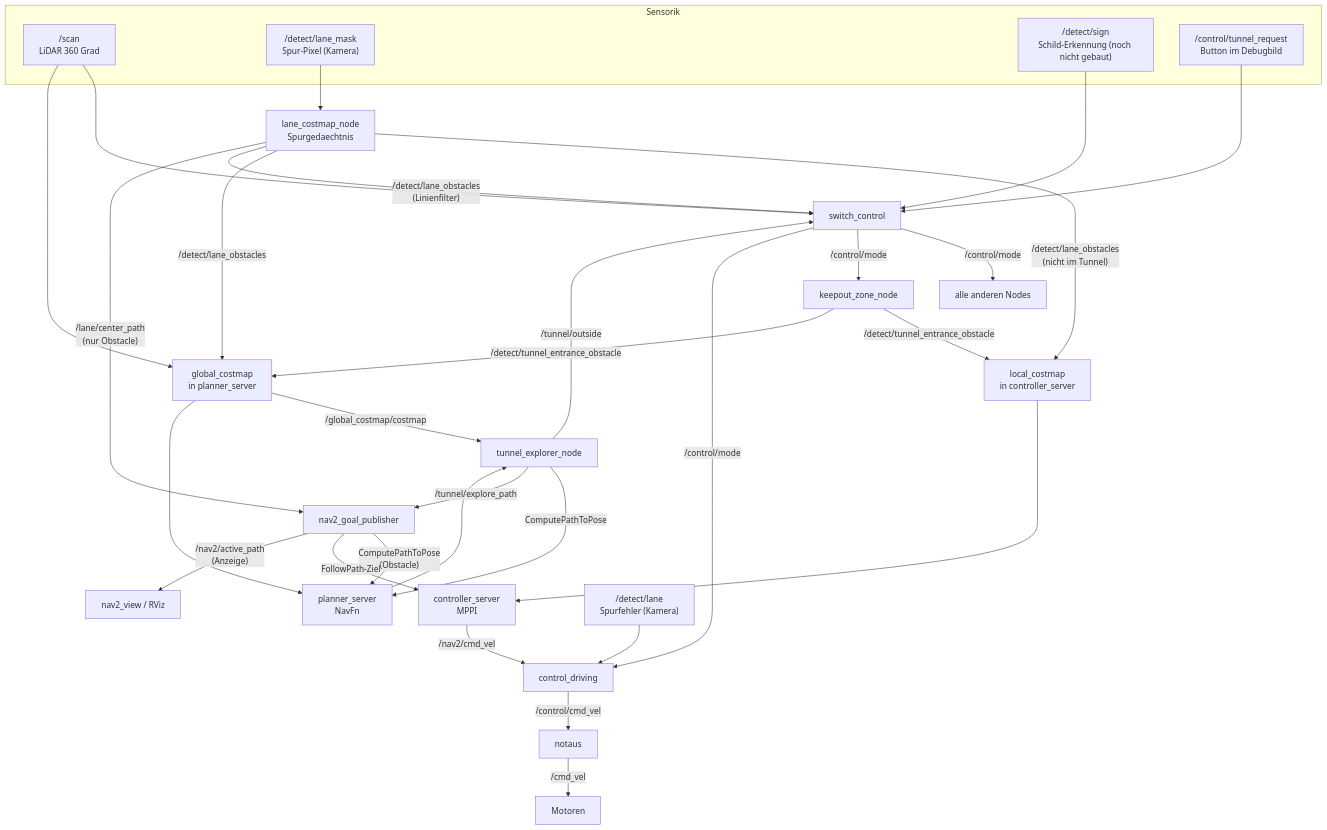
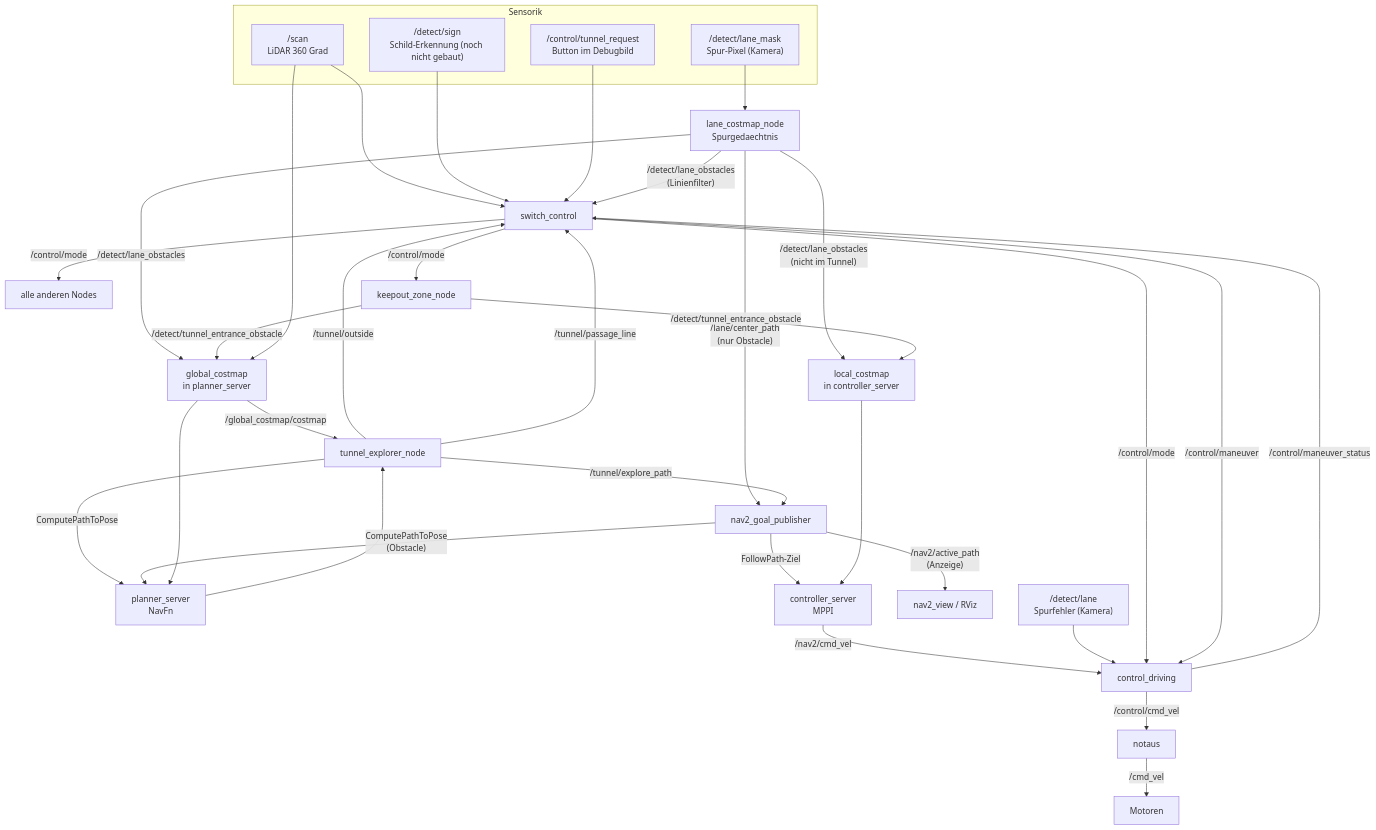
Before and after one commit to NaiRolF878/TurtleBot3-URMC: the second of 3 diagrams in docs/Nav2LocalCoastmap_Doku.md, drawn with Mermaid. The commit also changed other lines of this file and 12 other files, not shown here.

````diff
--- a/docs/Nav2LocalCoastmap_Doku.md
+++ b/docs/Nav2LocalCoastmap_Doku.md
@@ -69,42 +69,45 @@
 ```mermaid
 flowchart TB
     subgraph Sensorik
         SCAN["/scan\nLiDAR 360 Grad"]
         LANE["/detect/lane_mask\nSpur-Pixel (Kamera)"]
         SIGN["/detect/sign\nSchild-Erkennung (noch nicht gebaut)"]
         BTN["/control/tunnel_request\nButton im Debugbild"]
     end
 
     SCAN --> SC[switch_control]
     SIGN --> SC
     BTN --> SC
     SC -->|"/control/mode"| ALL[alle anderen Nodes]
 
     LANE --> LCM[lane_costmap_node\nSpurgedaechtnis]
     LCM -->|"/detect/lane_obstacles\n(nicht im Tunnel)"| LC[local_costmap\nin controller_server]
     LCM -->|"/detect/lane_obstacles"| GC[global_costmap\nin planner_server]
     LCM -->|"/detect/lane_obstacles\n(Linienfilter)"| SC
     LCM -->|"/lane/center_path\n(nur Obstacle)"| GP
 
     SC -->|"/control/mode"| KZ[keepout_zone_node]
     KZ -->|"/detect/tunnel_entrance_obstacle"| LC
     KZ -->|"/detect/tunnel_entrance_obstacle"| GC
     TE[tunnel_explorer_node] -->|"/tunnel/outside"| SC
     SCAN --> GC
 
     GC -->|"/global_costmap/costmap"| TE
     TE -->|"ComputePathToPose"| PS[planner_server\nNavFn]
     PS --> TE
     TE -->|"/tunnel/explore_path"| GP[nav2_goal_publisher]
     GP -->|"ComputePathToPose\n(Obstacle)"| PS
     GC --> PS
 
     GP -->|"FollowPath-Ziel"| CS[controller_server\nMPPI]
     GP -->|"/nav2/active_path\n(Anzeige)"| VIEW[nav2_view / RViz]
     LC --> CS
     CS -->|"/nav2/cmd_vel"| CD[control_driving]
     DL["/detect/lane\nSpurfehler (Kamera)"] --> CD
     SC -->|"/control/mode"| CD
+    TE -->|"/tunnel/passage_line"| SC
+    SC -->|"/control/maneuver"| CD
+    CD -->|"/control/maneuver_status"| SC
     CD -->|"/control/cmd_vel"| NA[notaus]
     NA -->|"/cmd_vel"| MOT[Motoren]
 ```
````
